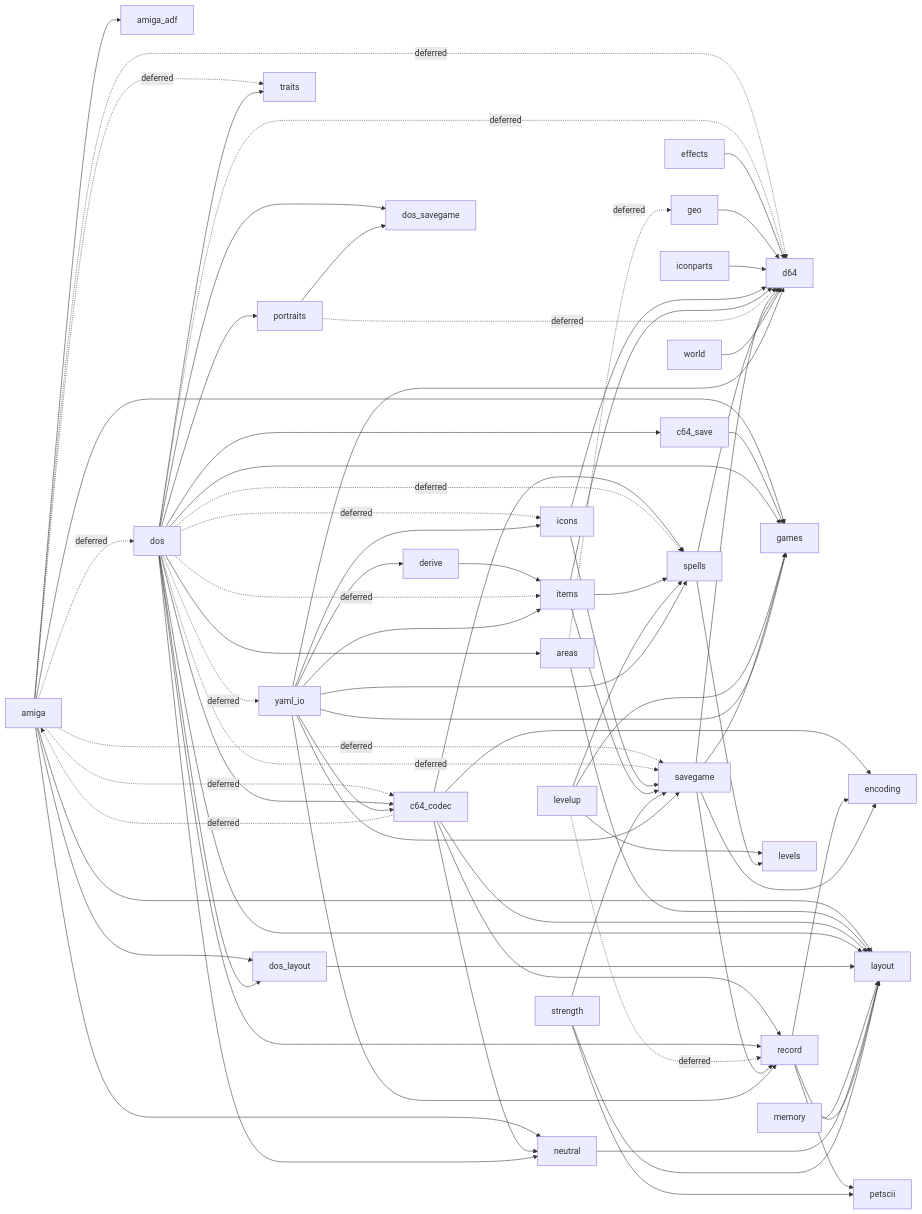
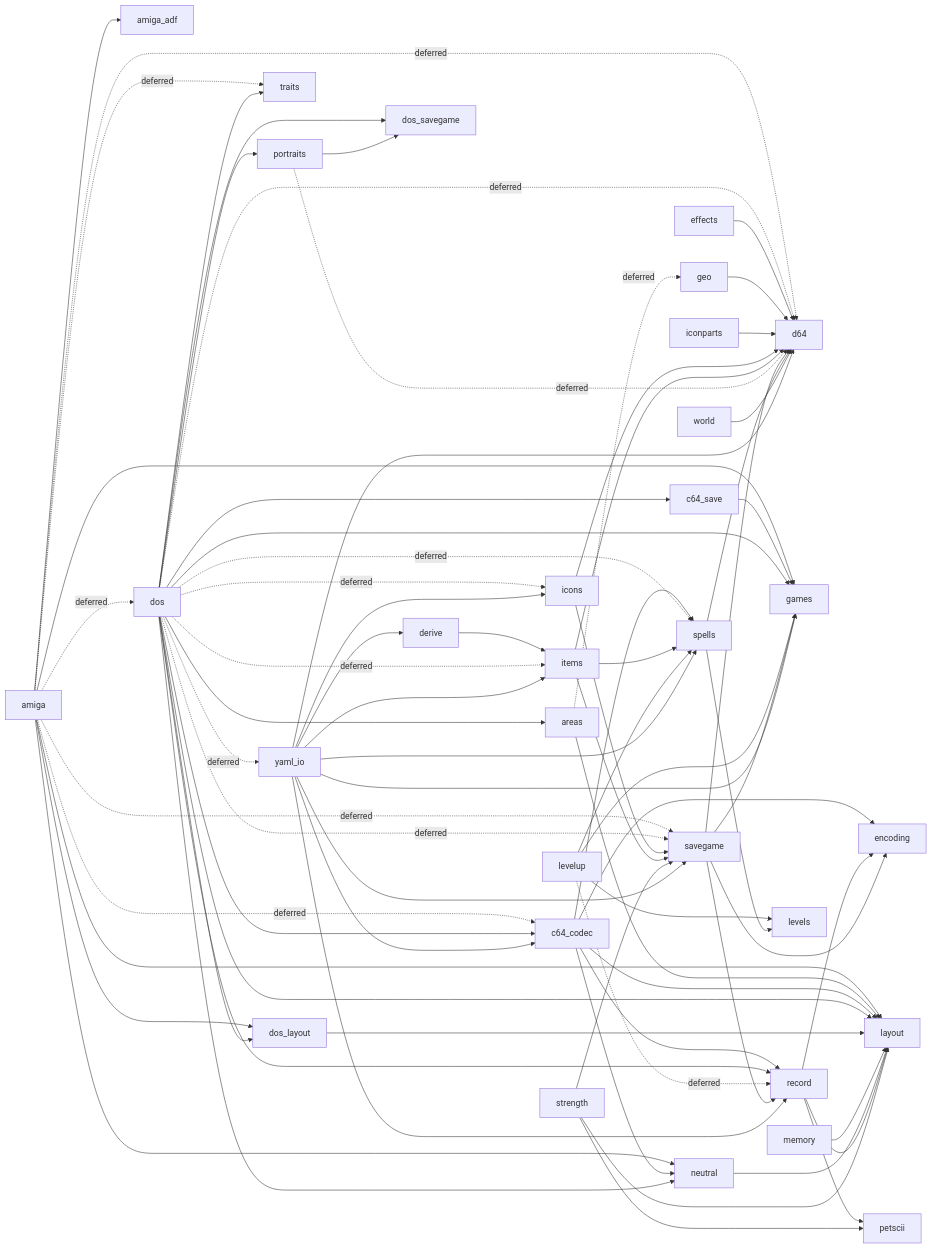
One commit to malcyon/wish changed the fourth of 4 diagrams in docs/117-save-conversion.md. Above: the diagram before and after it, drawn with Mermaid. The commit also changed 1 other file, not shown here.

Commit message:
Name three bare issue citations and regenerate the import graph, which lost the edge #232 deleted (#193)
Claude-Session: https://claude.ai/code/session_014VfEwX1Zk56tzFR8sY6MjB

````diff
--- a/docs/117-save-conversion.md
+++ b/docs/117-save-conversion.md
@@ -1846,79 +1846,78 @@
 ```mermaid
 graph LR
   amiga --> amiga_adf
   amiga -.->|deferred| c64_codec
   amiga -.->|deferred| d64
   amiga -.->|deferred| dos
   amiga --> dos_layout
   amiga --> games
   amiga --> layout
   amiga --> neutral
   amiga -.->|deferred| savegame
   amiga -.->|deferred| traits
   areas -.->|deferred| geo
   areas --> layout
-  c64_codec -.->|deferred| amiga
   c64_codec --> encoding
   c64_codec --> layout
   c64_codec --> neutral
   c64_codec --> record
   c64_codec --> spells
   c64_save --> games
   derive --> items
   dos --> areas
   dos --> c64_codec
   dos --> c64_save
   dos -.->|deferred| d64
   dos --> dos_layout
   dos --> dos_savegame
   dos --> games
   dos -.->|deferred| icons
   dos -.->|deferred| items
   dos --> layout
   dos --> neutral
   dos --> portraits
   dos --> record
   dos -.->|deferred| savegame
   dos -.->|deferred| spells
   dos --> traits
   dos -.->|deferred| yaml_io
   dos_layout --> layout
   effects --> d64
   geo --> d64
   iconparts --> d64
   icons --> d64
   icons --> savegame
   items --> d64
   items --> savegame
   items --> spells
   levelup --> games
   levelup --> levels
   levelup -.->|deferred| record
   levelup --> spells
   memory --> layout
   neutral --> layout
   portraits -.->|deferred| d64
   portraits --> dos_savegame
   record --> encoding
   record --> layout
   record --> petscii
   savegame --> d64
   savegame --> encoding
   savegame --> games
   savegame --> record
   spells --> d64
   spells --> levels
   strength --> layout
   strength --> petscii
   strength --> savegame
   world --> d64
   yaml_io --> c64_codec
   yaml_io --> d64
   yaml_io --> derive
   yaml_io --> games
   yaml_io --> icons
   yaml_io --> items
   yaml_io --> record
   yaml_io --> savegame
   yaml_io --> spells
 ```
````
